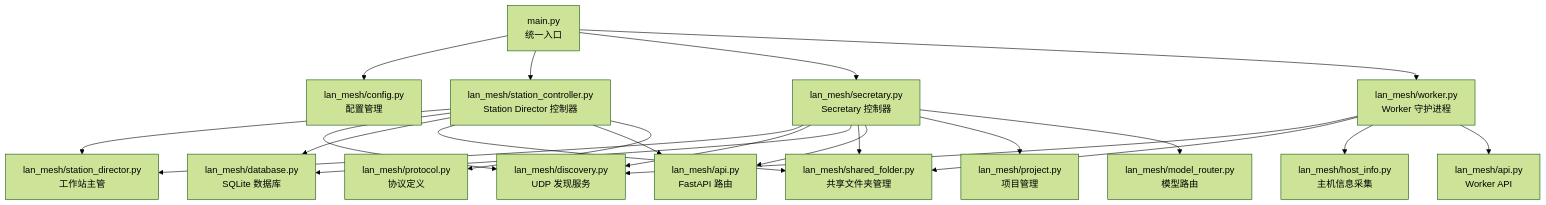
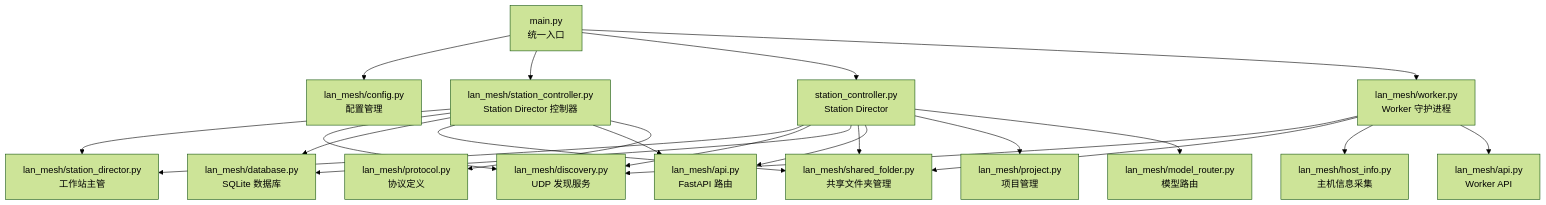
The first of 10 diagrams in .qoder/repowiki/zh/content/架构设计/PM Agent 系统.md (targalian/Personal-distributed-workstation), drawn with Mermaid (forest theme) before and after one commit. The commit also changed other lines of this file and 63 other files, not shown here.

Commit message:
docs(station): 同步 repo wiki 至 station_controller/station_api 架构

````diff
--- a/.qoder/repowiki/zh/content/架构设计/PM Agent 系统.md
+++ b/.qoder/repowiki/zh/content/架构设计/PM Agent 系统.md
@@ -47,24 +47,24 @@
 ```mermaid
 graph TB
 A["main.py<br/>统一入口"] --> B["lan_mesh/config.py<br/>配置管理"]
 A --> C["lan_mesh/station_controller.py<br/>Station Director 控制器"]
-A --> D["lan_mesh/secretary.py<br/>Secretary 控制器"]
+A --> D["station_controller.py<br/>Station Director"]
 A --> E["lan_mesh/worker.py<br/>Worker 守护进程"]
 C --> F["lan_mesh/station_director.py<br/>工作站主管"]
 C --> G["lan_mesh/discovery.py<br/>UDP 发现服务"]
 C --> H["lan_mesh/database.py<br/>SQLite 数据库"]
 C --> I["lan_mesh/shared_folder.py<br/>共享文件夹管理"]
 C --> J["lan_mesh/api.py<br/>FastAPI 路由"]
 C --> K["lan_mesh/protocol.py<br/>协议定义"]
 D --> F
 D --> G
 D --> H
 D --> I
 D --> J
 D --> L["lan_mesh/project.py<br/>项目管理"]
 D --> M["lan_mesh/model_router.py<br/>模型路由"]
 E --> G
 E --> I
 E --> N["lan_mesh/host_info.py<br/>主机信息采集"]
 E --> O["lan_mesh/api.py<br/>Worker API"]
 ```
````
